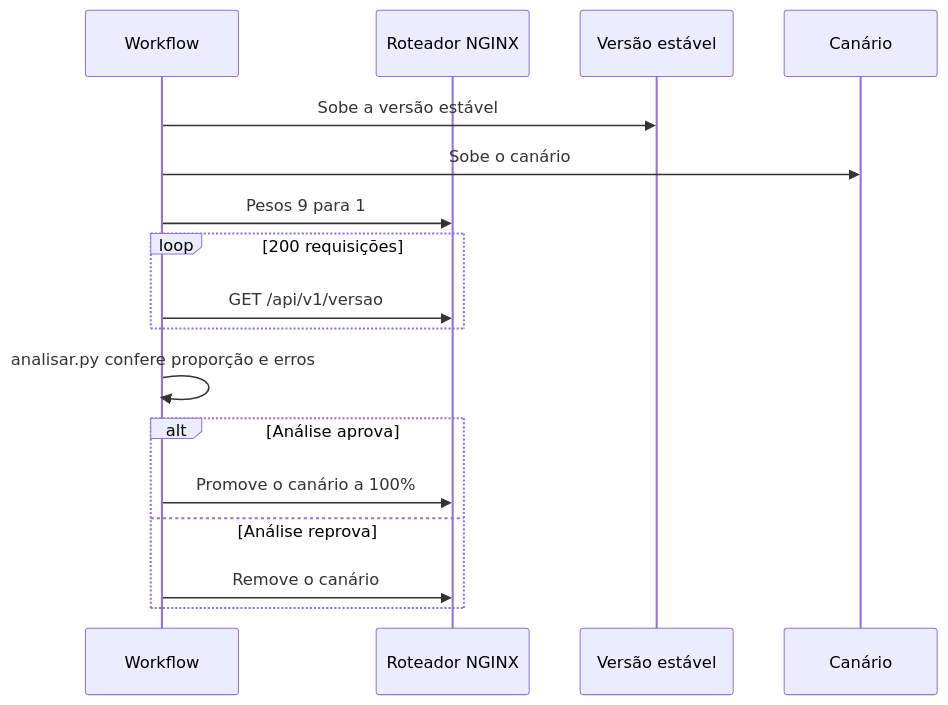
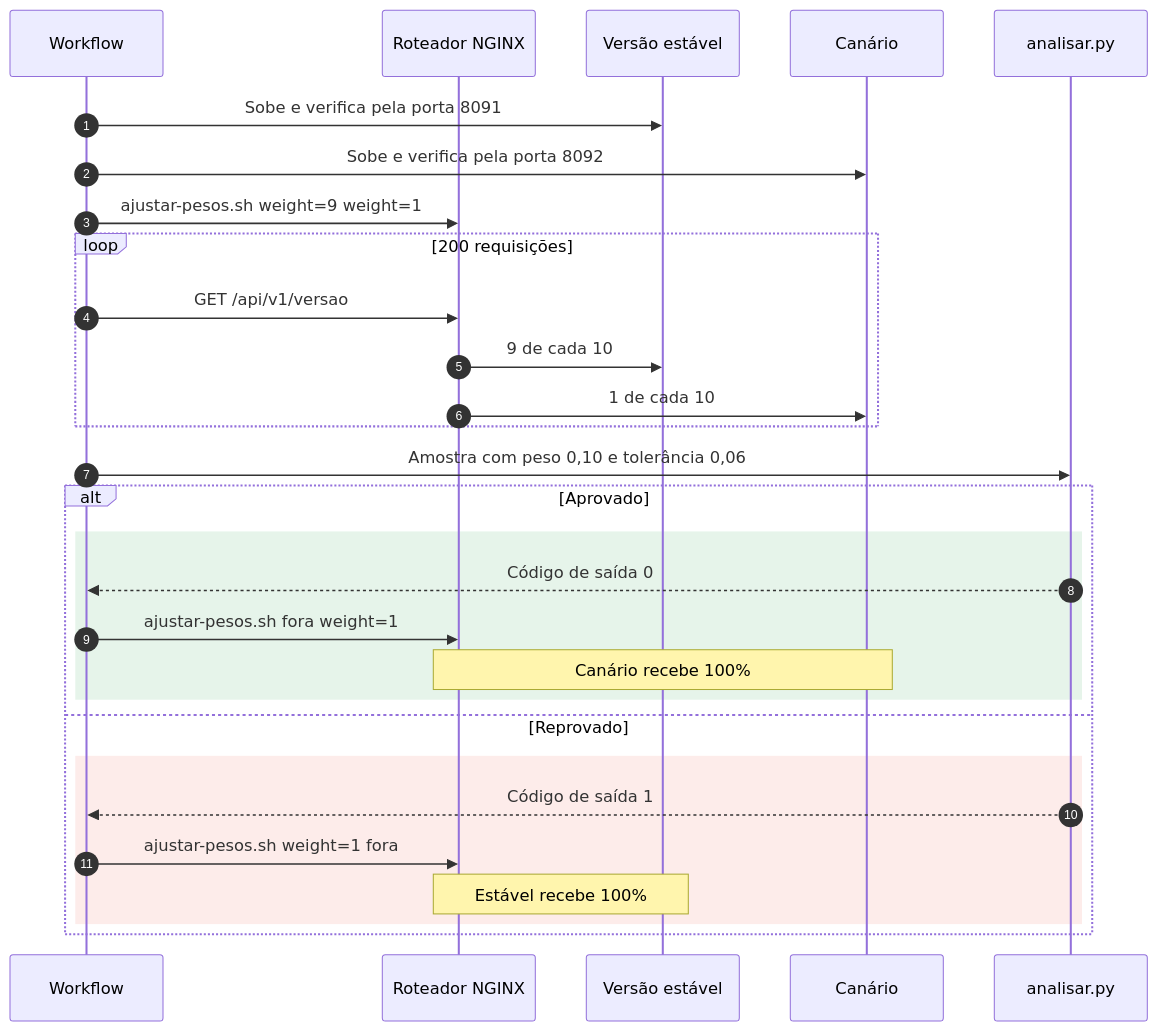
Before and after one commit to arkhibr/devops-fluxos-c3dm: the second of 2 diagrams in cenarios/11-canario/README.md, drawn with Mermaid. The commit also changed other lines of this file and 7 other files, not shown here.

First line of the commit message:
docs(cenarios): trechos de workflow, links e diagramas dos cenários 08 a 14 (#26)

````diff
--- a/cenarios/11-canario/README.md
+++ b/cenarios/11-canario/README.md
@@ -30,19 +45,31 @@
 ```mermaid
 sequenceDiagram
+    autonumber
     participant W as Workflow
     participant R as Roteador NGINX
     participant E as Versão estável
     participant C as Canário
-    W->>E: Sobe a versão estável
-    W->>C: Sobe o canário
-    W->>R: Pesos 9 para 1
+    participant N as analisar.py
+    W->>E: Sobe e verifica pela porta 8091
+    W->>C: Sobe e verifica pela porta 8092
+    W->>R: ajustar-pesos.sh weight=9 weight=1
     loop 200 requisições
         W->>R: GET /api/v1/versao
+        R->>E: 9 de cada 10
+        R->>C: 1 de cada 10
     end
-    W->>W: analisar.py confere proporção e erros
-    alt Análise aprova
-        W->>R: Promove o canário a 100%
-    else Análise reprova
-        W->>R: Remove o canário
+    W->>N: Amostra com peso 0,10 e tolerância 0,06
+    alt Aprovado
+        rect rgb(230, 244, 234)
+            N-->>W: Código de saída 0
+            W->>R: ajustar-pesos.sh fora weight=1
+            Note over R,C: Canário recebe 100%
+        end
+    else Reprovado
+        rect rgb(253, 236, 234)
+            N-->>W: Código de saída 1
+            W->>R: ajustar-pesos.sh weight=1 fora
+            Note over R,E: Estável recebe 100%
+        end
     end
 ```
````
